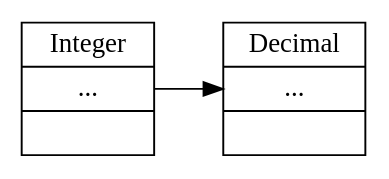
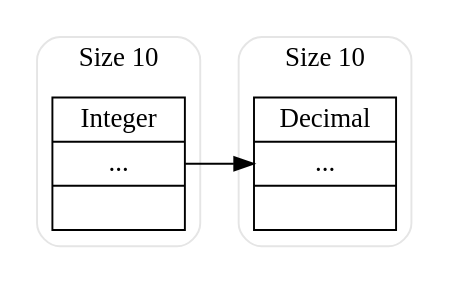
One commit to RaviWoods/cpp-analysis-for-education changed the diagram in Implementation/prototypes/graphviz_picture_tests/array3.dot. Above: the diagram before and after it, drawn with Graphviz. The commit also changed 33 other files, not shown here.

```diff
--- a/Implementation/prototypes/graphviz_picture_tests/array3.dot
+++ b/Implementation/prototypes/graphviz_picture_tests/array3.dot
@@ -1,24 +1,24 @@
 digraph g {
     graph [
     rankdir = "LR"
     ];
-	subgraph x2 {
+	subgraph cluster_0 {
 		color=grey90;
 		style=rounded;
-		1 [
+		"node0" [
             label = "<f0> Integer| <f1>...| <f2>"
             shape = "record"
         ];
 		label = "Size 10";
 	}
-    subgraph x1 {
+    subgraph cluster_2 {
 		color=grey90;
 		style=rounded;
-		2 [
+		"node1" [
             label = "<f0> Decimal| <f1>...| <f2>"
             shape = "record"
         ];
 		label = "Size 10";
 	}
-    1 -> 2;
+    node0 -> node1;
 }
```
